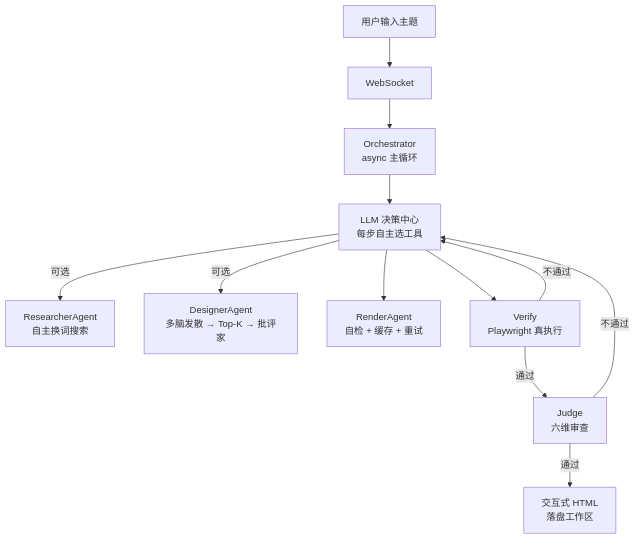
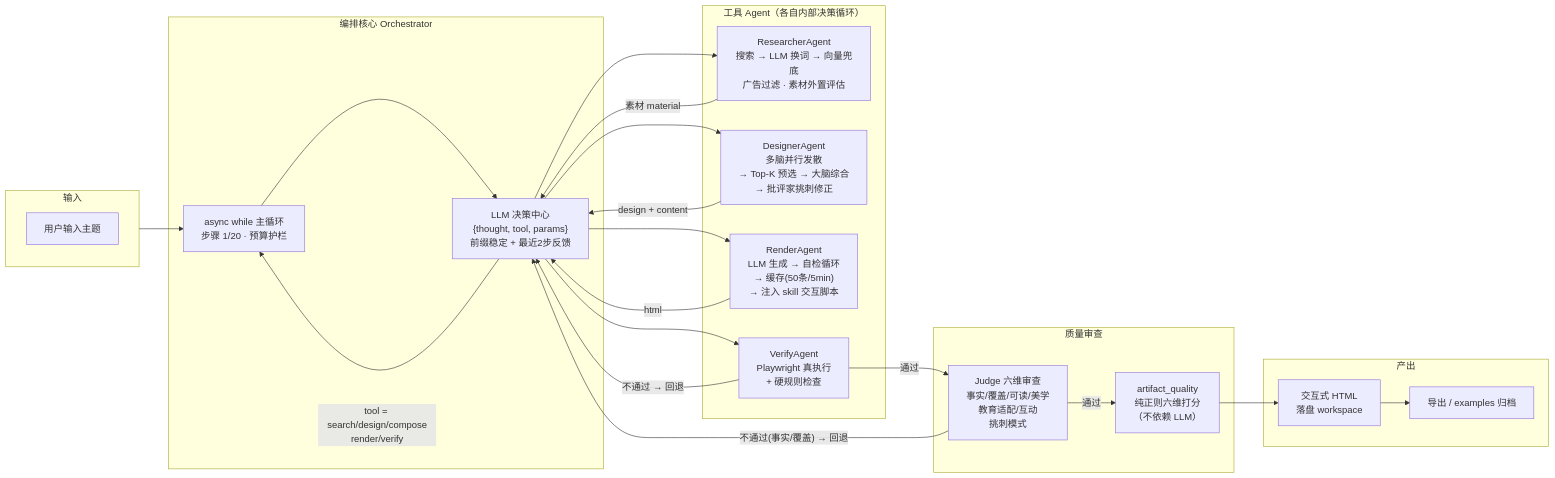
One commit to hfujw/ai-native-workflow changed the diagram in README.md. Above: the diagram before and after it, drawn with Mermaid.

Commit message:
docs(readme): 架构图升级——subgraph 分域 + 数据流标注 + 回退路径

````diff
--- a/README.md
+++ b/README.md
@@ -79,14 +79,45 @@
 ```mermaid
-flowchart TD
-    U[用户输入主题] --> WS[WebSocket]
-    WS --> O[Orchestrator<br/>async 主循环]
-    O --> D[LLM 决策中心<br/>每步自主选工具]
-    D -->|可选| S[ResearcherAgent<br/>自主换词搜索]
-    D -->|可选| DE[DesignerAgent<br/>多脑发散 → Top-K → 批评家]
-    D --> R[RenderAgent<br/>自检 + 缓存 + 重试]
-    D --> V[Verify<br/>Playwright 真执行]
-    V -->|通过| J[Judge<br/>六维审查]
-    J -->|通过| OUT[交互式 HTML<br/>落盘工作区]
-    V -->|不通过| D
-    J -->|不通过| D
+flowchart LR
+    subgraph INPUT["输入"]
+        U[用户输入主题]
+    end
+
+    subgraph CORE["编排核心 Orchestrator"]
+        O[async while 主循环<br/>步骤 1/20 · 预算护栏]
+        D["LLM 决策中心<br/>{thought, tool, params}<br/>前缀稳定 + 最近2步反馈"]
+        O --> D
+        D -- "tool = search/design/compose<br/>render/verify" --> O
+    end
+
+    subgraph TOOLS["工具 Agent（各自内部决策循环）"]
+        S["ResearcherAgent<br/>搜索 → LLM 换词 → 向量兜底<br/>广告过滤 · 素材外置评估"]
+        DE["DesignerAgent<br/>多脑并行发散<br/>→ Top-K 预选 → 大脑综合<br/>→ 批评家挑刺修正"]
+        R["RenderAgent<br/>LLM 生成 → 自检循环<br/>→ 缓存(50条/5min)<br/>→ 注入 skill 交互脚本"]
+        V["VerifyAgent<br/>Playwright 真执行<br/>+ 硬规则检查"]
+    end
+
+    subgraph QUALITY["质量审查"]
+        J["Judge 六维审查<br/>事实/覆盖/可读/美学<br/>教育适配/互动<br/>挑刺模式"]
+        Q["artifact_quality<br/>纯正则六维打分<br/>（不依赖 LLM）"]
+    end
+
+    subgraph OUTPUT["产出"]
+        OUT["交互式 HTML<br/>落盘 workspace"]
+        EXP["导出 / examples 归档"]
+    end
+
+    INPUT --> O
+    D --> S
+    D --> DE
+    D --> R
+    D --> V
+    S -- "素材 material" --> D
+    DE -- "design + content" --> D
+    R -- "html" --> D
+    V -- "通过" --> J
+    V -- "不通过 → 回退" --> D
+    J -- "通过" --> Q
+    J -- "不通过(事实/覆盖) → 回退" --> D
+    Q --> OUT
+    OUT --> EXP
 ```
````
